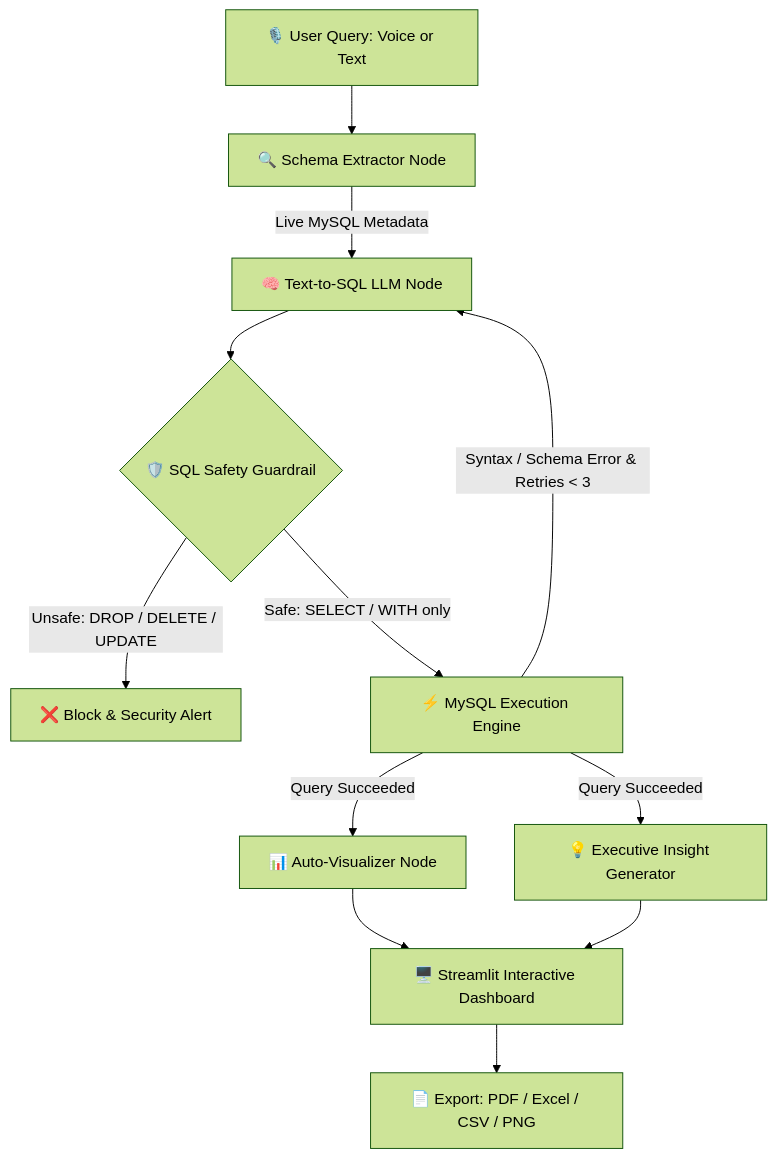
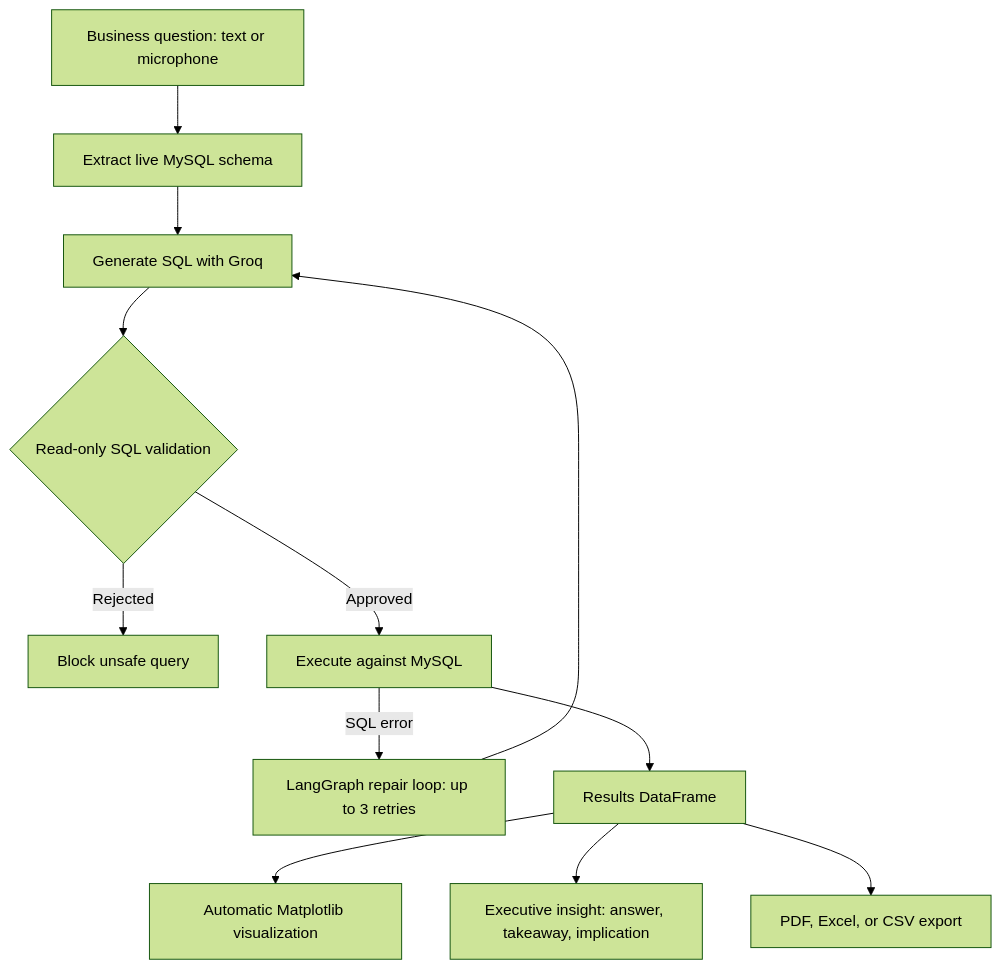
The diagram in README.md (Ashi72jadoun/Autonomous-data-analyst), drawn with Mermaid (forest theme) before and after one commit. The commit also changed other lines of this file and 7 other files, not shown here.

````diff
--- a/README.md
+++ b/README.md
@@ -37,14 +67,14 @@
 ```mermaid
 flowchart TD
-    A[🎙️ User Query: Voice or Text] --> B[🔍 Schema Extractor Node]
-    B -->|Live MySQL Metadata| C[🧠 Text-to-SQL LLM Node]
-    C --> D{🛡️ SQL Safety Guardrail}
-    D -->|Unsafe: DROP / DELETE / UPDATE| E[❌ Block & Security Alert]
-    D -->|Safe: SELECT / WITH only| F[⚡ MySQL Execution Engine]
-    F -->|Syntax / Schema Error & Retries < 3| C
-    F -->|Query Succeeded| G[📊 Auto-Visualizer Node]
-    F -->|Query Succeeded| H[💡 Executive Insight Generator]
-    G --> I[🖥️ Streamlit Interactive Dashboard]
-    H --> I
-    I --> J[📄 Export: PDF / Excel / CSV / PNG]
+    A["Business question: text or microphone"] --> B["Extract live MySQL schema"]
+    B --> C["Generate SQL with Groq"]
+    C --> D{"Read-only SQL validation"}
+    D -->|Rejected| E["Block unsafe query"]
+    D -->|Approved| F["Execute against MySQL"]
+    F -->|SQL error| G["LangGraph repair loop: up to 3 retries"]
+    G --> C
+    F --> H["Results DataFrame"]
+    H --> I["Automatic Matplotlib visualization"]
+    H --> J["Executive insight: answer, takeaway, implication"]
+    H --> K["PDF, Excel, or CSV export"]
 ```
````
